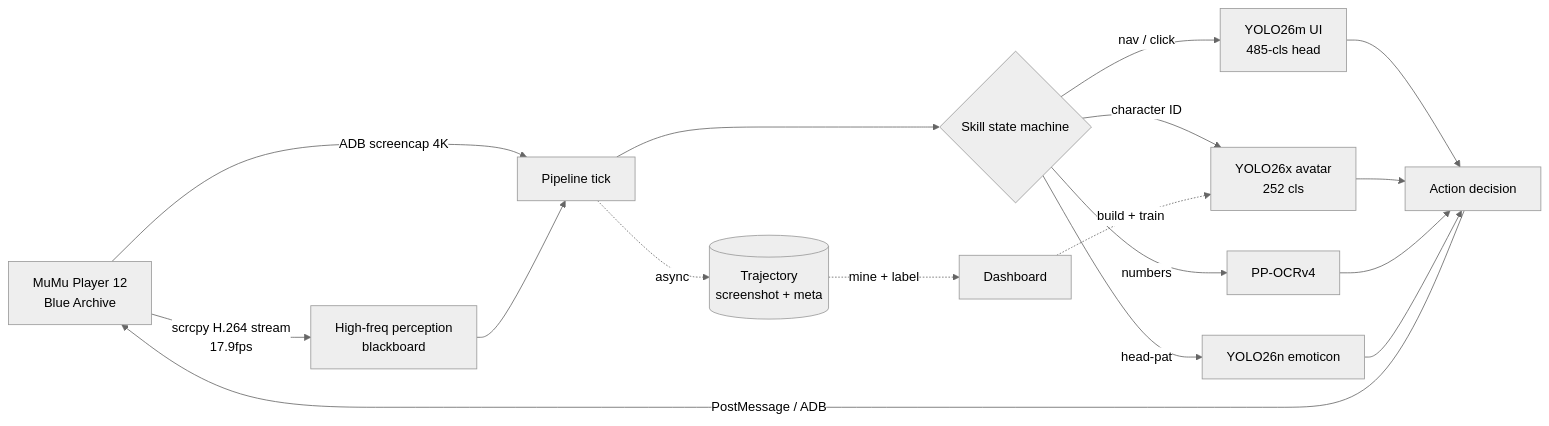
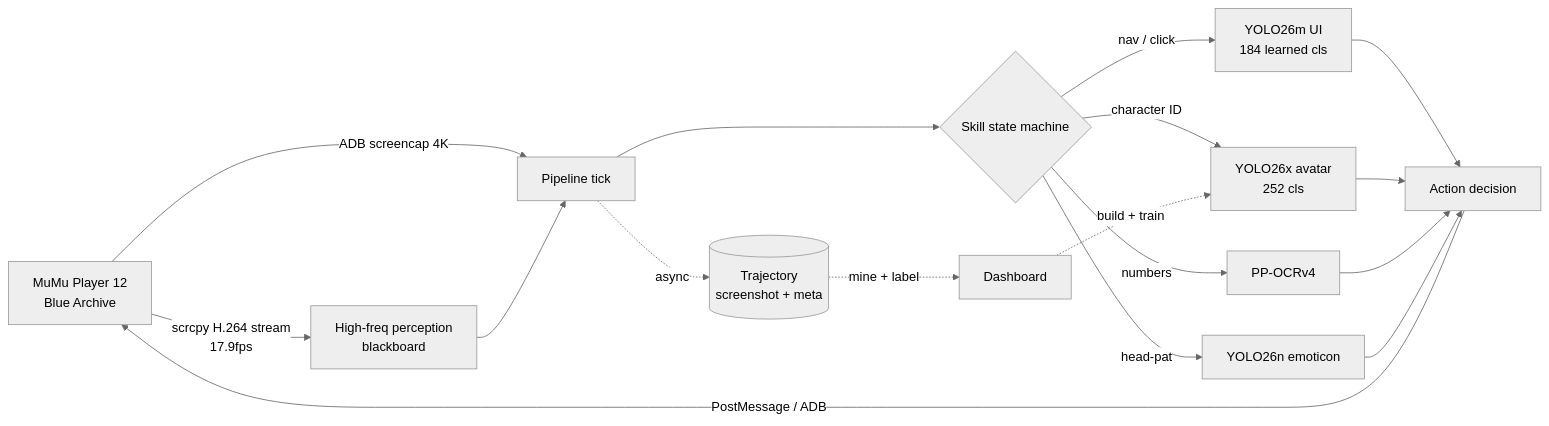
The diagram in README.md (C0k11/game-ui-cv-agent), drawn with Mermaid (neutral theme) before and after one commit. The commit also changed other lines of this file, not shown here.

````diff
--- a/README.md
+++ b/README.md
@@ -31,19 +31,19 @@
 ```mermaid
 flowchart LR
     A[MuMu Player 12<br/>Blue Archive] -->|ADB screencap 4K| B[Pipeline tick]
     A -->|scrcpy H.264 stream<br/>17.9fps| HF[High-freq perception<br/>blackboard]
     HF --> B
     B --> C{Skill state machine}
-    C -->|nav / click| UI[YOLO26m UI<br/>485-cls head]
+    C -->|nav / click| UI[YOLO26m UI<br/>184 learned cls]
     C -->|character ID| AV[YOLO26x avatar<br/>252 cls]
     C -->|numbers| O[PP-OCRv4]
     C -->|head-pat| EM[YOLO26n emoticon]
     UI --> D[Action decision]
     AV --> D
     O --> D
     EM --> D
     D -->|PostMessage / ADB| A
     B -.async.-> J[(Trajectory<br/>screenshot + meta)]
     J -.mine + label.-> K[Dashboard]
     K -.build + train.-> AV
 ```
````
